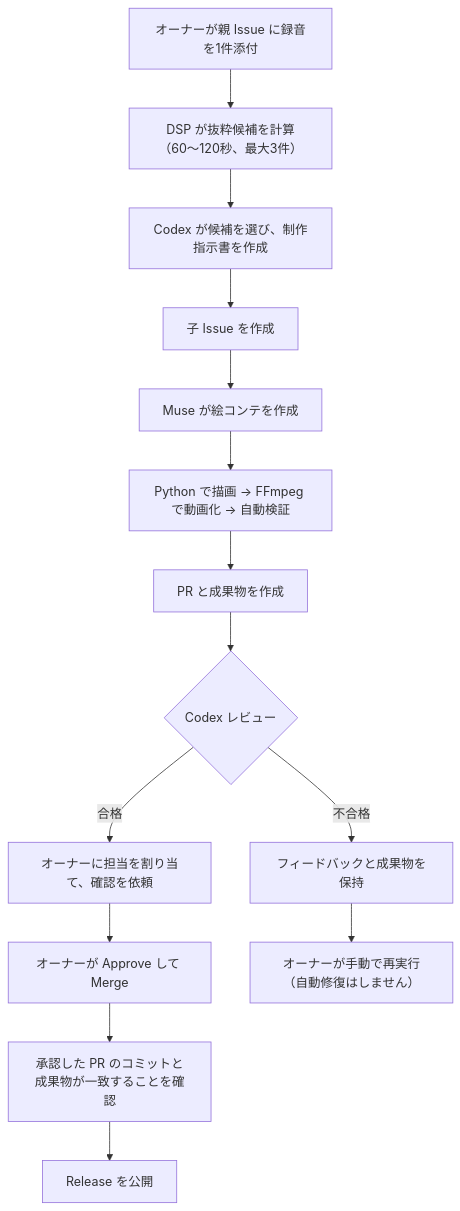
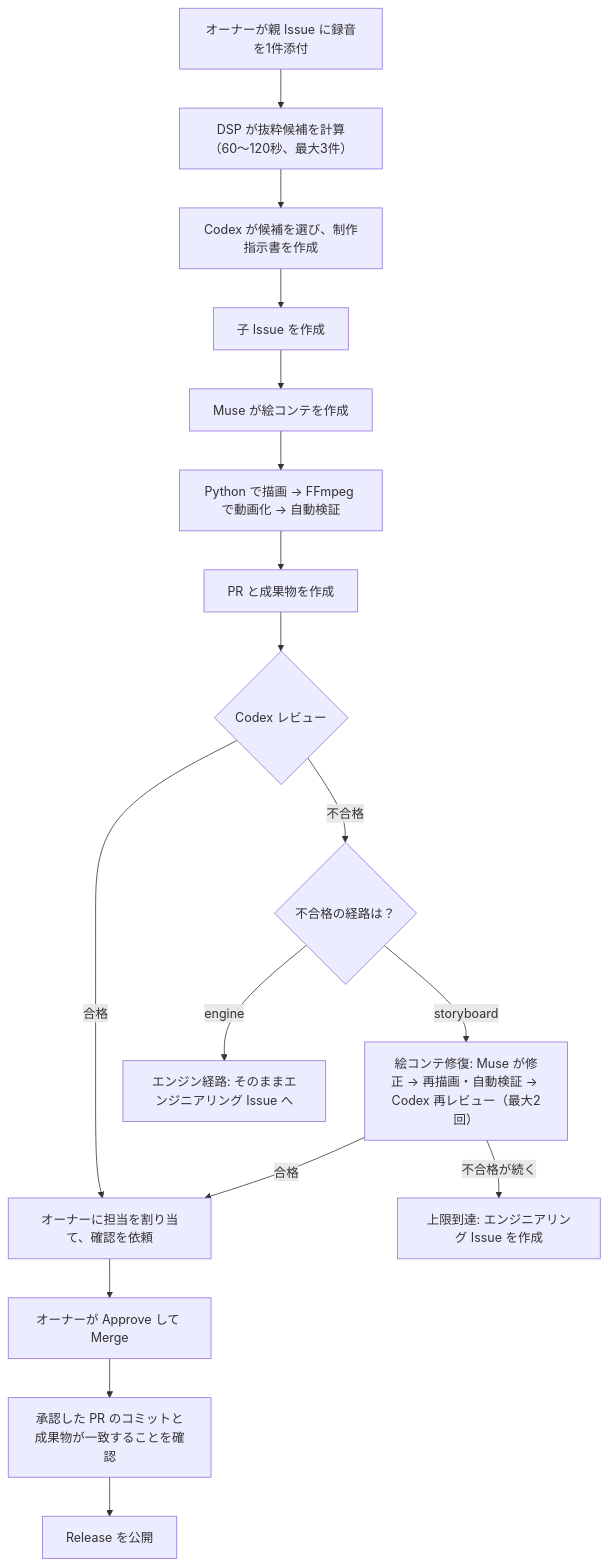
The diagram in README.md (YusukeIwaki/chopin-mood), drawn with Mermaid before and after one commit. The commit also changed other lines of this file and 26 other files, not shown here.

````diff
--- a/README.md
+++ b/README.md
@@ -14,20 +14,26 @@
 ```mermaid
 flowchart TD
   A["オーナーが親 Issue に録音を1件添付"]
   B["DSP が抜粋候補を計算（60〜120秒、最大3件）"]
   C["Codex が候補を選び、制作指示書を作成"]
   D["子 Issue を作成"]
   E["Muse が絵コンテを作成"]
   F["Python で描画 → FFmpeg で動画化 → 自動検証"]
   G["PR と成果物を作成"]
   H{"Codex レビュー"}
   I["オーナーに担当を割り当て、確認を依頼"]
   J["オーナーが Approve して Merge"]
   K["承認した PR のコミットと成果物が一致することを確認"]
   L["Release を公開"]
-  M["フィードバックと成果物を保持"]
-  N["オーナーが手動で再実行（自動修復はしません）"]
+  R{"不合格の経路は？"}
+  S["絵コンテ修復: Muse が修正 → 再描画・自動検証 → Codex 再レビュー（最大2回）"]
+  X["上限到達: エンジニアリング Issue を作成"]
+  Y["エンジン経路: そのままエンジニアリング Issue へ"]
   A --> B --> C --> D --> E --> F --> G --> H
   H -->|合格| I --> J --> K --> L
-  H -->|不合格| M --> N
+  H -->|不合格| R
+  R -->|storyboard| S
+  S -->|合格| I
+  S -->|不合格が続く| X
+  R -->|engine| Y
 ```
````
